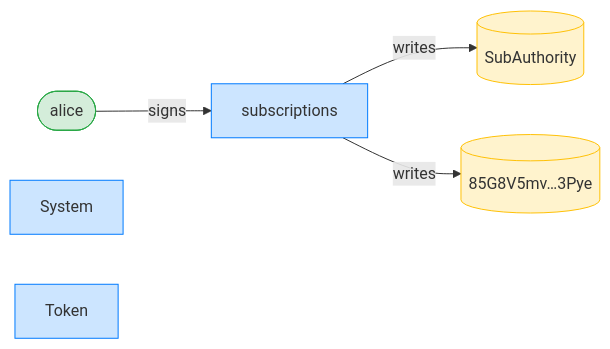
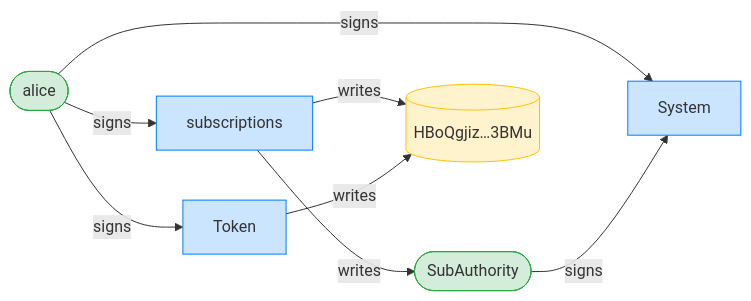
One commit to cds-rs/subscriptions changed the third of 4 diagrams in dsl_tests/sentinel-start-requires-an-expiry.md. Above: the diagram before and after it, drawn with Mermaid. The commit also changed other lines of this file and 224 other files, not shown here.

````diff
--- a/dsl_tests/sentinel-start-requires-an-expiry.md
+++ b/dsl_tests/sentinel-start-requires-an-expiry.md
@@ -55,15 +56,19 @@
 ```mermaid
 flowchart LR
     classDef signer fill:#d4edda,stroke:#28a745;
     classDef program fill:#cce5ff,stroke:#007bff;
     classDef writable fill:#fff3cd,stroke:#ffc107;
     subscriptions[subscriptions]:::program
     alice([alice]):::signer
-    SubAuthority[(SubAuthority)]:::writable
-    85G8V5mv_3Pye[("85G8V5mv…3Pye")]:::writable
+    SubAuthority([SubAuthority]):::signer
+    HBoQgjiz_3BMu[("HBoQgjiz…3BMu")]:::writable
     System[System]:::program
     Token[Token]:::program
     alice -->|signs| subscriptions
+    alice -->|signs| System
+    SubAuthority -->|signs| System
+    alice -->|signs| Token
     subscriptions -->|writes| SubAuthority
-    subscriptions -->|writes| 85G8V5mv_3Pye
+    subscriptions -->|writes| HBoQgjiz_3BMu
+    Token -->|writes| HBoQgjiz_3BMu
 ```
````
